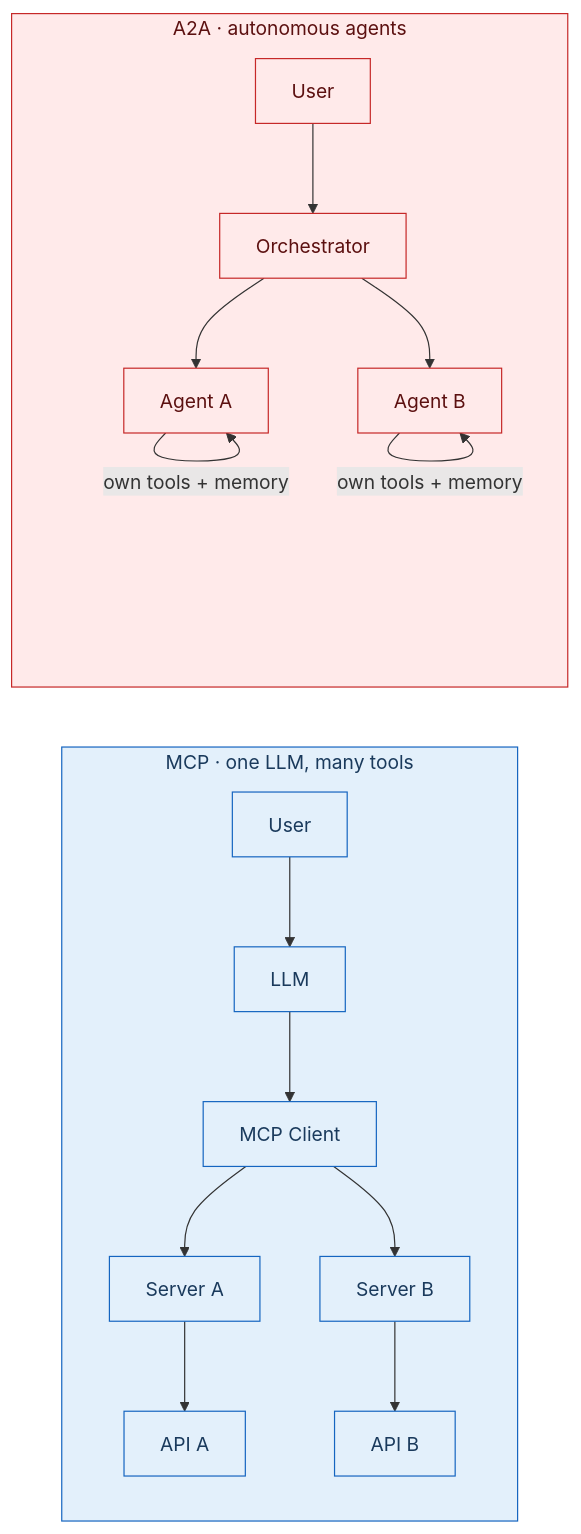
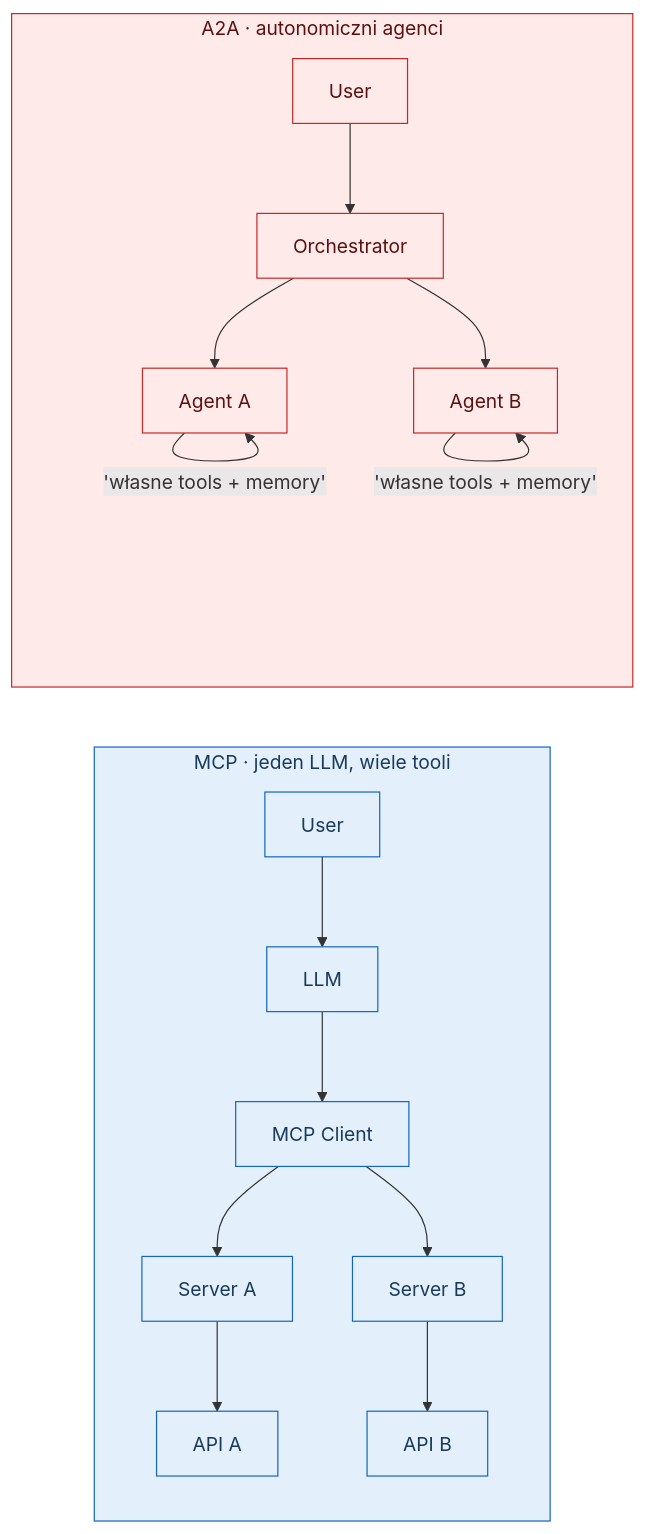
The fourth of 5 diagrams in .ai/architecture.md (nowiro/ai-studio), drawn with Mermaid before and after one commit. The commit also changed other lines of this file and 6 other files, not shown here.

````diff
--- a/.ai/architecture.md
+++ b/.ai/architecture.md
@@ -119,22 +119,22 @@
 ```mermaid
 flowchart LR
-  subgraph MCP["MCP · one LLM, many tools"]
+  subgraph MCP["MCP · jeden LLM, wiele tooli"]
     direction TB
     UMCP[User] --> LLM[LLM] --> CLIENT[MCP Client]
     CLIENT --> S1[Server A] --> A1[API A]
     CLIENT --> S2[Server B] --> A2[API B]
   end
-  subgraph A2A["A2A · autonomous agents"]
+  subgraph A2A["A2A · autonomiczni agenci"]
     direction TB
     UA2A[User] --> ORCH[Orchestrator]
     ORCH --> AG_A[Agent A]
     ORCH --> AG_B[Agent B]
-    AG_A -- own tools + memory --> AG_A
-    AG_B -- own tools + memory --> AG_B
+    AG_A -- 'własne tools + memory' --> AG_A
+    AG_B -- 'własne tools + memory' --> AG_B
   end
 
   classDef mcp fill:#e3f0fb,stroke:#1565c0,color:#1a3a5c;
   classDef a2a fill:#ffeaea,stroke:#c62828,color:#5c1010;
   class UMCP,LLM,CLIENT,S1,S2,A1,A2,MCP mcp
   class UA2A,ORCH,AG_A,AG_B,A2A a2a
 ```
````
